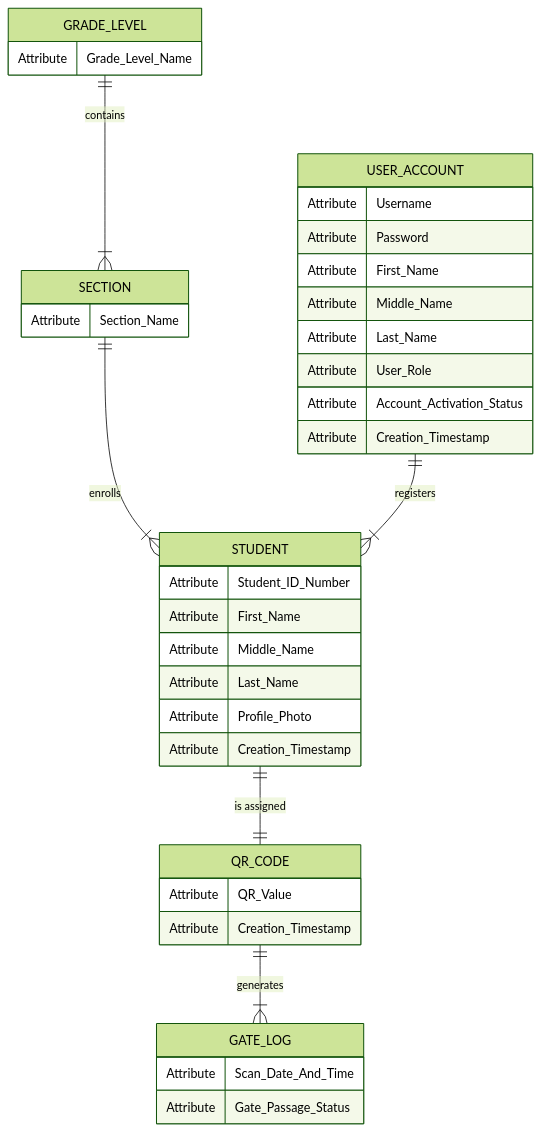
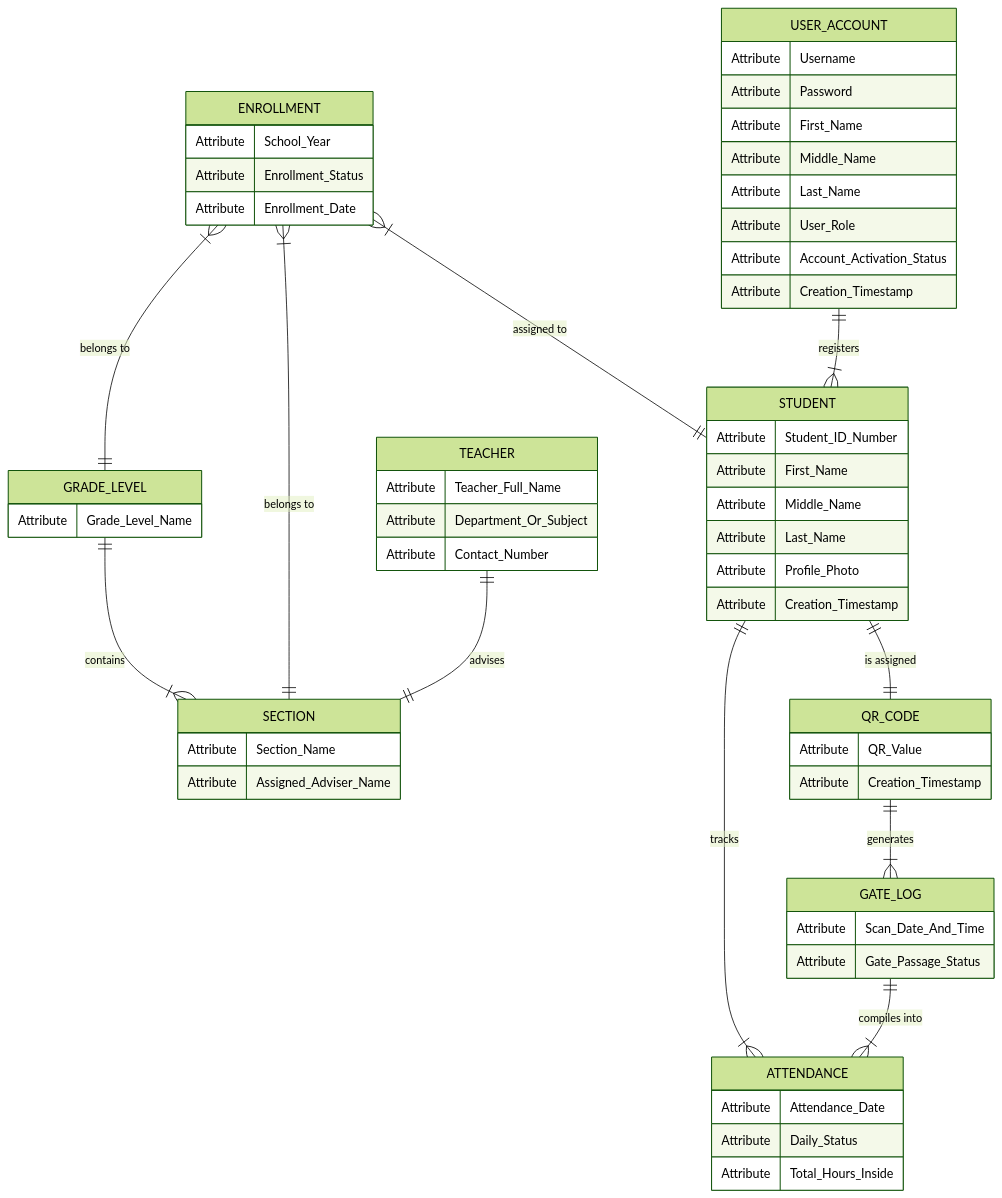
One commit to stevenochigue-it/SEMSYSTEM changed the diagram in revised_system_documentation.md. Above: the diagram before and after it, drawn with Mermaid (forest theme). The commit also changed other lines of this file and 18 other files, not shown here.

Commit message:
Add teachers module, enrollment dashboard, and various updates

````diff
--- a/revised_system_documentation.md
+++ b/revised_system_documentation.md
@@ -63,46 +63,73 @@
 ```mermaid
 erDiagram
+    %% ENROLLMENT & TEACHERS SUBSYSTEM
     GRADE_LEVEL ||--|{ SECTION : "contains"
-    SECTION ||--|{ STUDENT : "enrolls"
+    ENROLLMENT }|--|| STUDENT : "assigned to"
+    ENROLLMENT }|--|| GRADE_LEVEL : "belongs to"
+    ENROLLMENT }|--|| SECTION : "belongs to"
+    TEACHER ||--|| SECTION : "advises"
+
+    %% ATTENDANCE & GATE SUBSYSTEM
     USER_ACCOUNT ||--|{ STUDENT : "registers"
     STUDENT ||--|| QR_CODE : "is assigned"
     QR_CODE ||--|{ GATE_LOG : "generates"
+    STUDENT ||--|{ ATTENDANCE : "tracks"
+    GATE_LOG ||--|{ ATTENDANCE : "compiles into"
+
+    ENROLLMENT {
+        Attribute School_Year
+        Attribute Enrollment_Status
+        Attribute Enrollment_Date
+    }
 
     GRADE_LEVEL {
         Attribute Grade_Level_Name
     }
 
+    TEACHER {
+        Attribute Teacher_Full_Name
+        Attribute Department_Or_Subject
+        Attribute Contact_Number
+    }
+
     SECTION {
         Attribute Section_Name
+        Attribute Assigned_Adviser_Name
     }
 
     USER_ACCOUNT {
         Attribute Username
         Attribute Password
         Attribute First_Name
         Attribute Middle_Name
         Attribute Last_Name
         Attribute User_Role
         Attribute Account_Activation_Status
         Attribute Creation_Timestamp
     }
 
     STUDENT {
         Attribute Student_ID_Number
         Attribute First_Name
         Attribute Middle_Name
         Attribute Last_Name
         Attribute Profile_Photo
         Attribute Creation_Timestamp
     }
 
     QR_CODE {
         Attribute QR_Value
         Attribute Creation_Timestamp
     }
 
     GATE_LOG {
         Attribute Scan_Date_And_Time
         Attribute Gate_Passage_Status
     }
+
+    ATTENDANCE {
+        Attribute Attendance_Date
+        Attribute Daily_Status
+        Attribute Total_Hours_Inside
+    }
 ```
````
